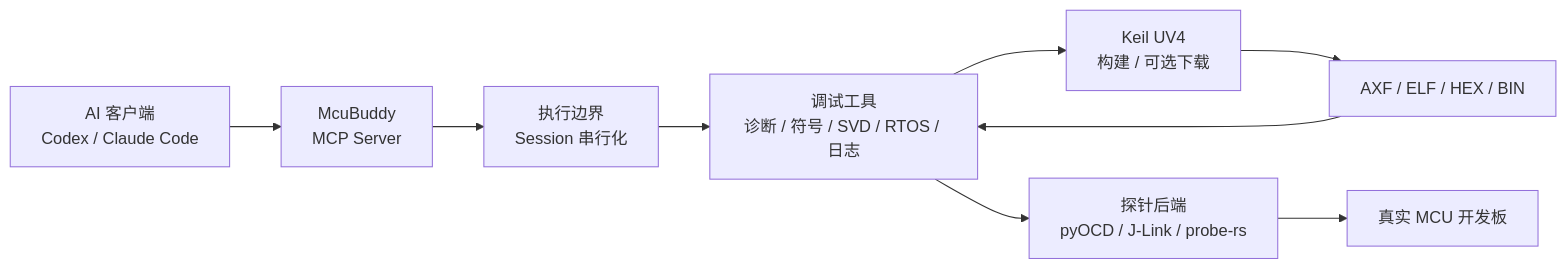
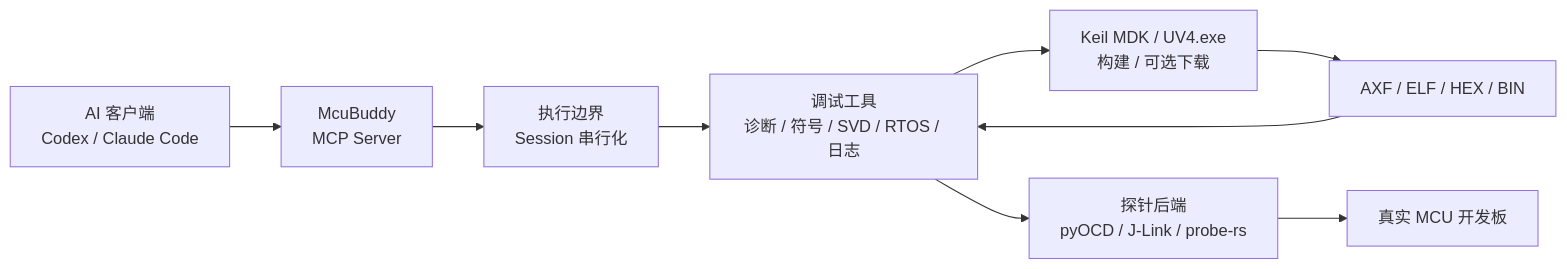
One commit to cunjun/McuBuddy changed the diagram in README_zh.md. Above: the diagram before and after it, drawn with Mermaid. The commit also changed other lines of this file and 1 other file, not shown here.

````diff
--- a/README_zh.md
+++ b/README_zh.md
@@ -54,11 +46,11 @@
 ```mermaid
 flowchart LR
     AI["AI 客户端<br/>Codex / Claude Code"] --> MCP["McuBuddy<br/>MCP Server"]
     MCP --> EB["执行边界<br/>Session 串行化"]
     EB --> TOOLS["调试工具<br/>诊断 / 符号 / SVD / RTOS / 日志"]
-    TOOLS --> KEIL["Keil UV4<br/>构建 / 可选下载"]
+    TOOLS --> KEIL["Keil MDK / UV4.exe<br/>构建 / 可选下载"]
     TOOLS --> PROBE["探针后端<br/>pyOCD / J-Link / probe-rs"]
     KEIL --> IMAGE["AXF / ELF / HEX / BIN"]
     IMAGE --> TOOLS
     PROBE --> BOARD["真实 MCU 开发板"]
 ```
````
